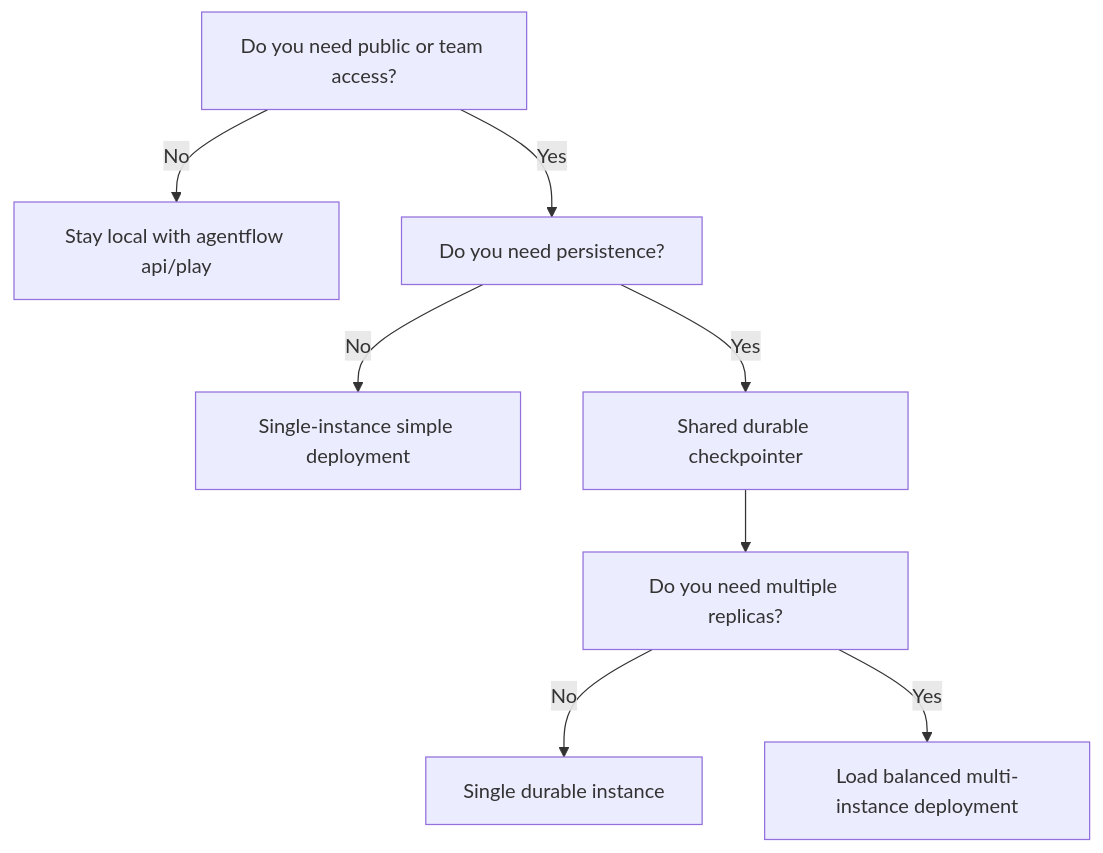
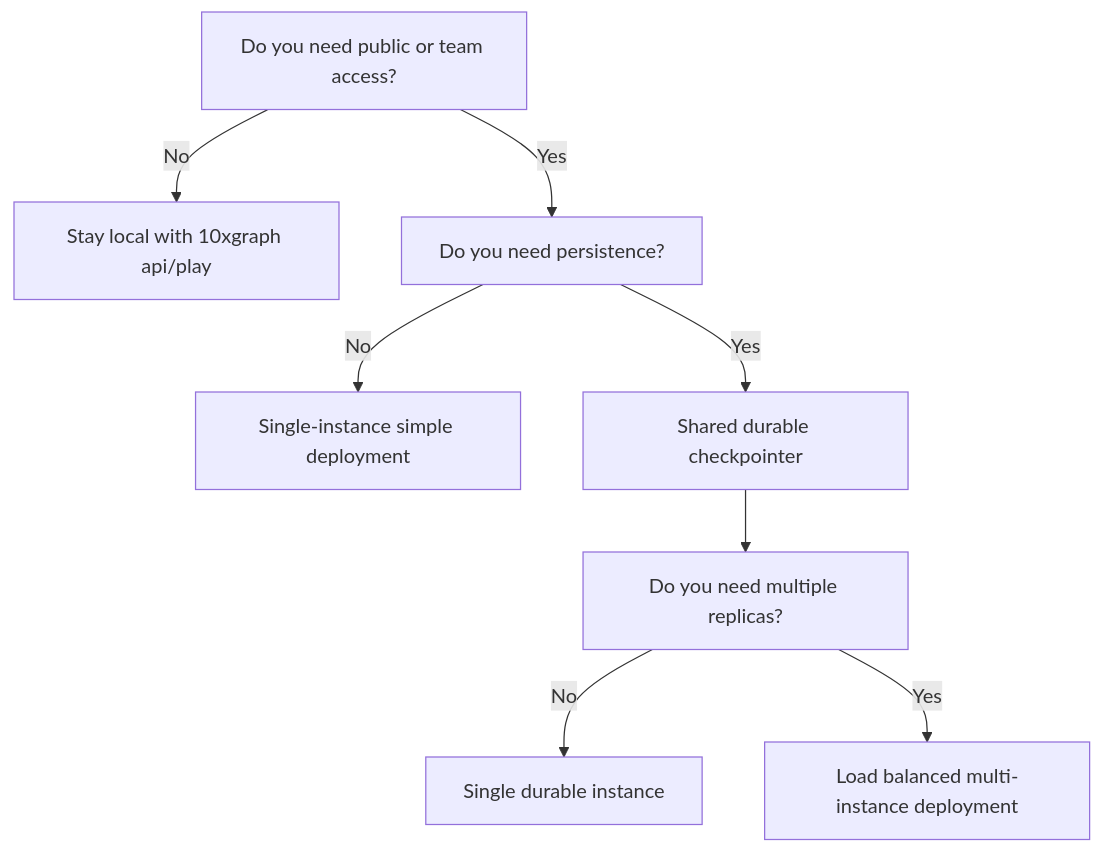
One commit to 10xHub/agentflow-docs changed the second of 2 diagrams in src/content/docs/how-to/production/deployment.md. Above: the diagram before and after it, drawn with Mermaid. The commit also changed other lines of this file and 248 other files, not shown here.

````diff
--- a/src/content/docs/how-to/production/deployment.md
+++ b/src/content/docs/how-to/production/deployment.md
@@ -112,10 +113,10 @@
 ```mermaid
 flowchart TD
-    A[Do you need public or team access?] -->|No| B[Stay local with agentflow api/play]
+    A[Do you need public or team access?] -->|No| B[Stay local with 10xgraph api/play]
     A -->|Yes| C[Do you need persistence?]
     C -->|No| D[Single-instance simple deployment]
     C -->|Yes| E[Shared durable checkpointer]
     E --> F[Do you need multiple replicas?]
     F -->|No| G[Single durable instance]
     F -->|Yes| H[Load balanced multi-instance deployment]
 ```
````
